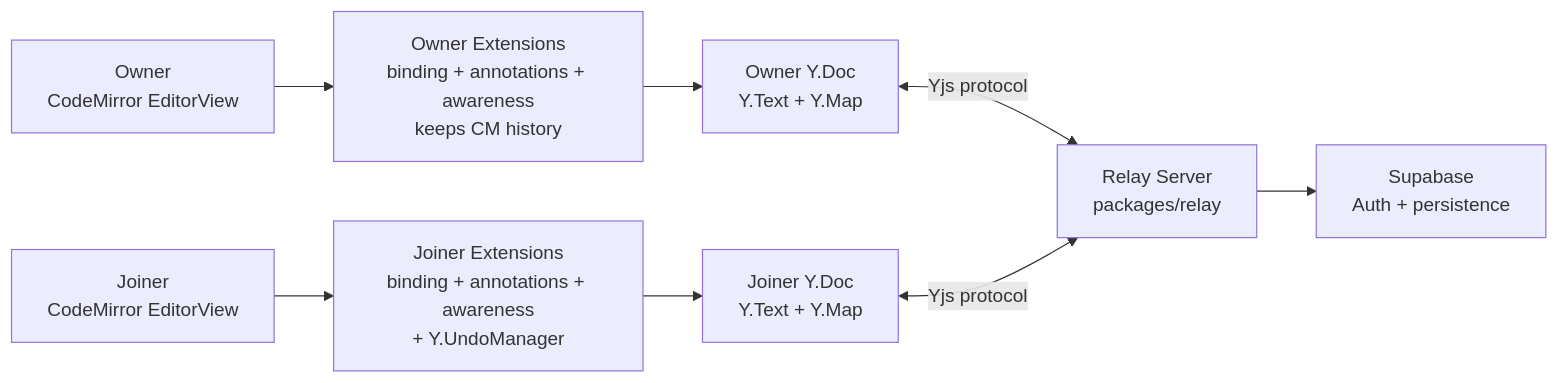
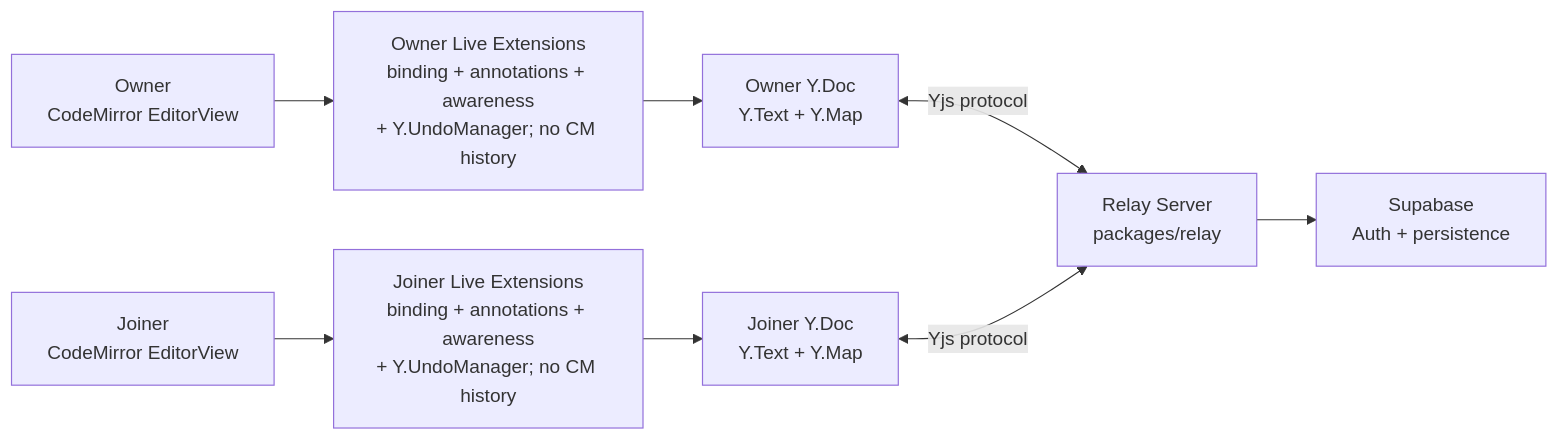
The first of 4 diagrams in docs/collaboration.md (ThatXliner/Quillium), drawn with Mermaid before and after one commit. The commit also changed other lines of this file and 62 other files, not shown here.

````diff
--- a/docs/collaboration.md
+++ b/docs/collaboration.md
@@ -14,17 +14,17 @@
 ```mermaid
 flowchart LR
     Owner["Owner<br/>CodeMirror EditorView"]
     Joiner["Joiner<br/>CodeMirror EditorView"]
-    OwnerExt["Owner Extensions<br/>binding + annotations + awareness<br/>keeps CM history"]
-    JoinerExt["Joiner Extensions<br/>binding + annotations + awareness<br/>+ Y.UndoManager"]
+    OwnerExt["Owner Live Extensions<br/>binding + annotations + awareness<br/>+ Y.UndoManager; no CM history"]
+    JoinerExt["Joiner Live Extensions<br/>binding + annotations + awareness<br/>+ Y.UndoManager; no CM history"]
     OwnerDoc["Owner Y.Doc<br/>Y.Text + Y.Map"]
     JoinerDoc["Joiner Y.Doc<br/>Y.Text + Y.Map"]
     Relay["Relay Server<br/>packages/relay"]
     Supabase["Supabase<br/>Auth + persistence"]
 
     Owner --> OwnerExt --> OwnerDoc
     Joiner --> JoinerExt --> JoinerDoc
     OwnerDoc <-->|"Yjs protocol"| Relay
     JoinerDoc <-->|"Yjs protocol"| Relay
     Relay --> Supabase
 ```
````
